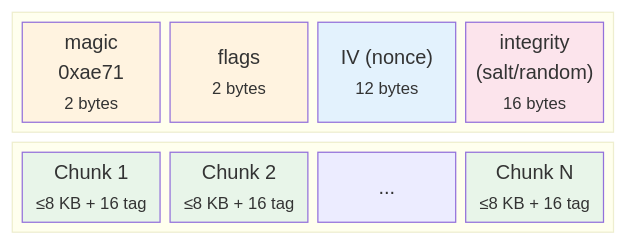
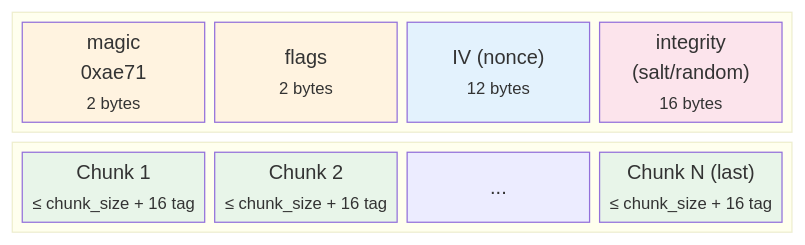
The fourth of 6 diagrams in ARCHITECTURE.md (taskie/tome), drawn with Mermaid before and after one commit. The commit also changed other lines of this file and 6 other files, not shown here.

````diff
--- a/ARCHITECTURE.md
+++ b/ARCHITECTURE.md
@@ -198,24 +198,24 @@
 ```mermaid
 block-beta
     columns 5
     block:header:5
         magic["magic<br/>0xae71<br/><small>2 bytes</small>"]
         flags["flags<br/><small>2 bytes</small>"]
         iv["IV (nonce)<br/><small>12 bytes</small>"]
         integrity["integrity<br/>(salt/random)<br/><small>16 bytes</small>"]
     end
     block:body:5
-        chunk1["Chunk 1<br/><small>≤8 KB + 16 tag</small>"]
-        chunk2["Chunk 2<br/><small>≤8 KB + 16 tag</small>"]
+        chunk1["Chunk 1<br/><small>≤ chunk_size + 16 tag</small>"]
+        chunk2["Chunk 2<br/><small>≤ chunk_size + 16 tag</small>"]
         dots["..."]
-        chunkN["Chunk N<br/><small>≤8 KB + 16 tag</small>"]
+        chunkN["Chunk N (last)<br/><small>≤ chunk_size + 16 tag</small>"]
     end
 
     style magic fill:#fff3e0
     style flags fill:#fff3e0
     style iv fill:#e3f2fd
     style integrity fill:#fce4ec
     style chunk1 fill:#e8f5e9
     style chunk2 fill:#e8f5e9
     style chunkN fill:#e8f5e9
 ```
````
